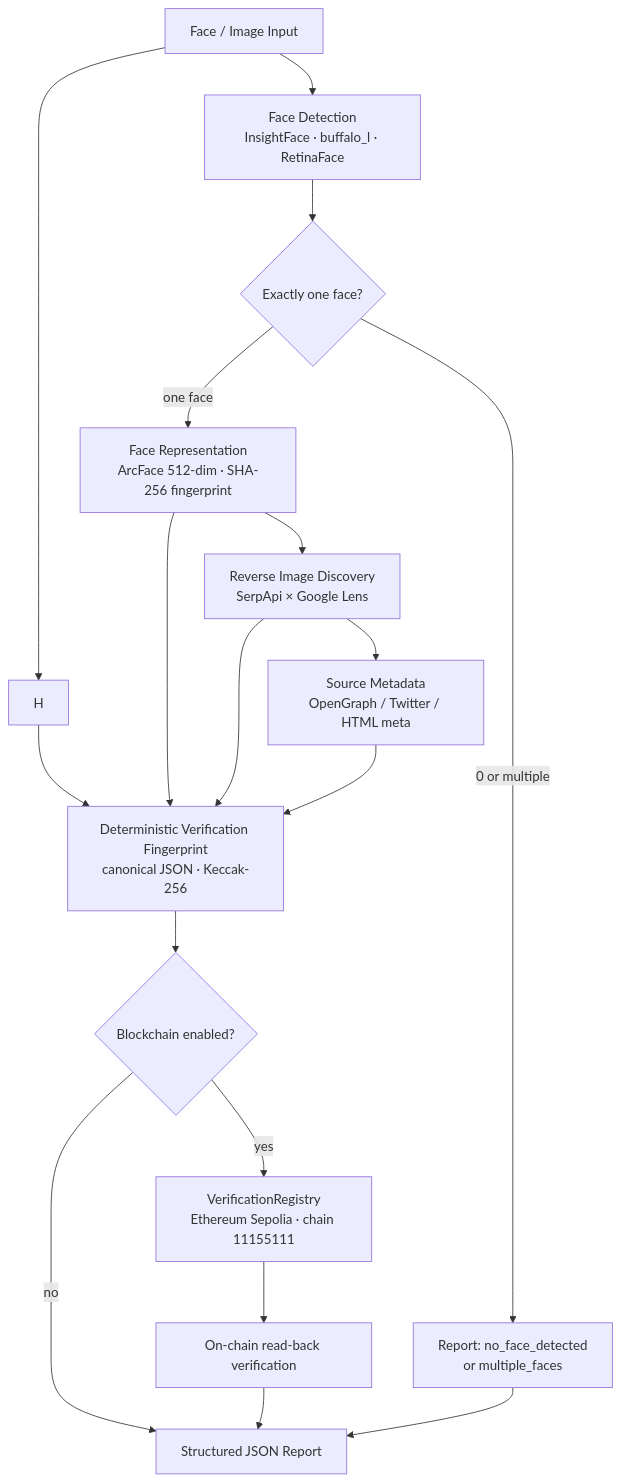
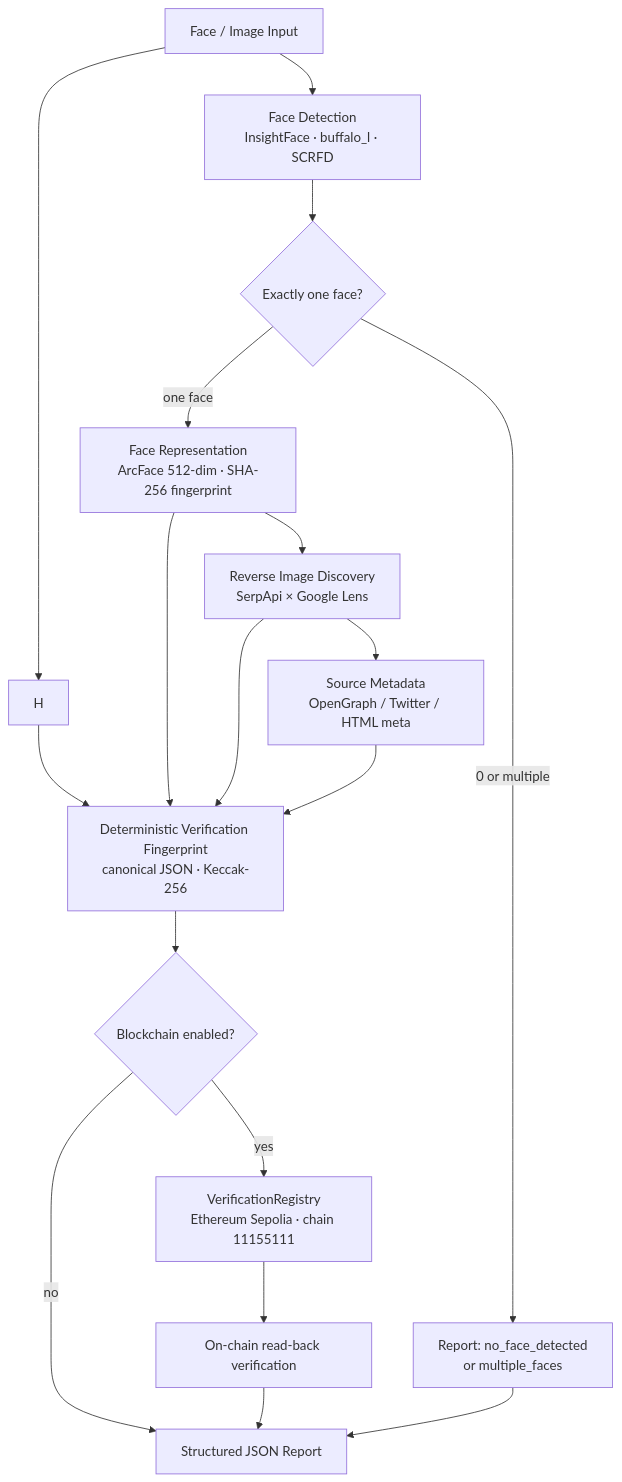
The diagram in README.md (ANUBprad/face-id-verification), drawn with Mermaid before and after one commit. The commit also changed other lines of this file, not shown here.

Commit message:
docs: correct InsightFace detector description

````diff
--- a/README.md
+++ b/README.md
@@ -23,17 +23,17 @@
 ```mermaid
 flowchart TD
-    A[Face / Image Input] --> B[Face Detection<br/>InsightFace · buffalo_l · RetinaFace]
+    A[Face / Image Input] --> B[Face Detection<br/>InsightFace · buffalo_l · SCRFD]
     B --> C{Exactly one face?}
     C -->|0 or multiple| E1[Report: no_face_detected<br/>or multiple_faces]
     C -->|one face| D[Face Representation<br/>ArcFace 512-dim · SHA-256 fingerprint]
     A --> H
     D --> R[Reverse Image Discovery<br/>SerpApi × Google Lens]
     R --> M[Source Metadata<br/>OpenGraph / Twitter / HTML meta]
     H & D & R & M --> V[Deterministic Verification Fingerprint<br/>canonical JSON · Keccak-256]
     V --> B1{Blockchain enabled?}
     B1 -->|yes| S[VerificationRegistry<br/>Ethereum Sepolia · chain 11155111]
     S --> O[On-chain read-back verification]
     B1 -->|no| Z[Structured JSON Report]
     O --> Z
     E1 --> Z
 ```
````
